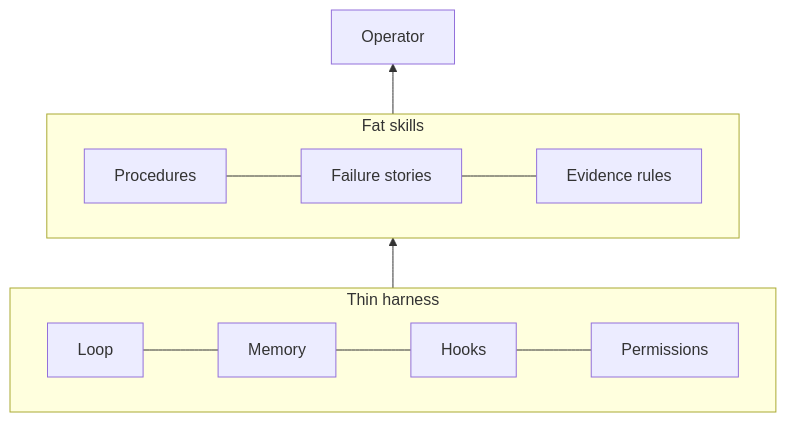
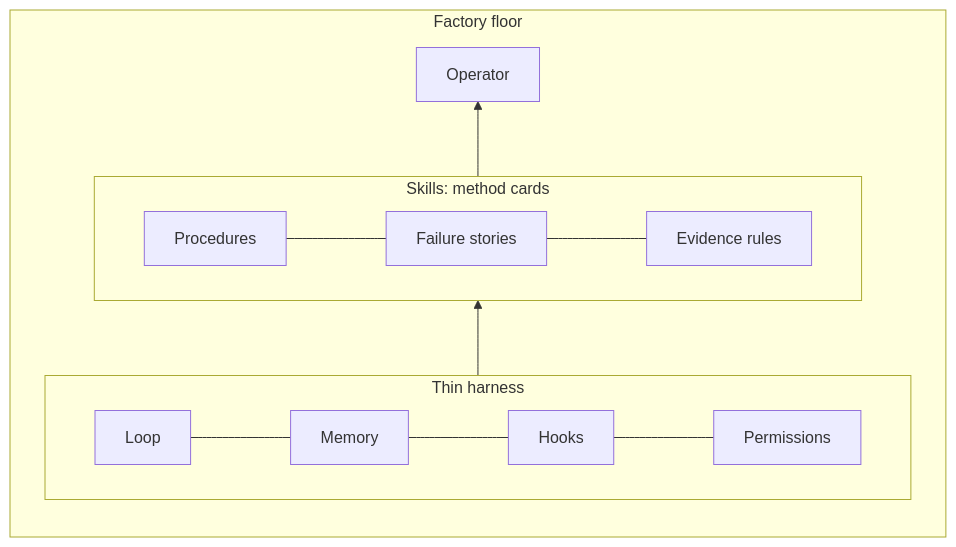
One commit to ivankqw/agents-cfg changed the third of 6 diagrams in docs/THESIS.md. Above: the diagram before and after it, drawn with Mermaid. The commit also changed other lines of this file and 1 other file, not shown here.

Commit message:
docs: frame impstack as a code factory

````diff
--- a/docs/THESIS.md
+++ b/docs/THESIS.md
@@ -45,12 +45,15 @@
 ```mermaid
 flowchart BT
-    subgraph TH[Thin harness]
-        direction LR
-        LO[Loop] --- ME[Memory] --- HK[Hooks] --- PE[Permissions]
+    subgraph FF[Factory floor]
+        direction BT
+        subgraph TH[Thin harness]
+            direction LR
+            LO[Loop] --- ME[Memory] --- HK[Hooks] --- PE[Permissions]
+        end
+        subgraph MC[Skills: method cards]
+            direction LR
+            PR[Procedures] --- ST[Failure stories] --- ER[Evidence rules]
+        end
+        TH --> MC --> OP[Operator]
     end
-    subgraph FS[Fat skills]
-        direction LR
-        PR[Procedures] --- ST[Failure stories] --- ER[Evidence rules]
-    end
-    TH --> FS --> OP[Operator]
 ```
````
